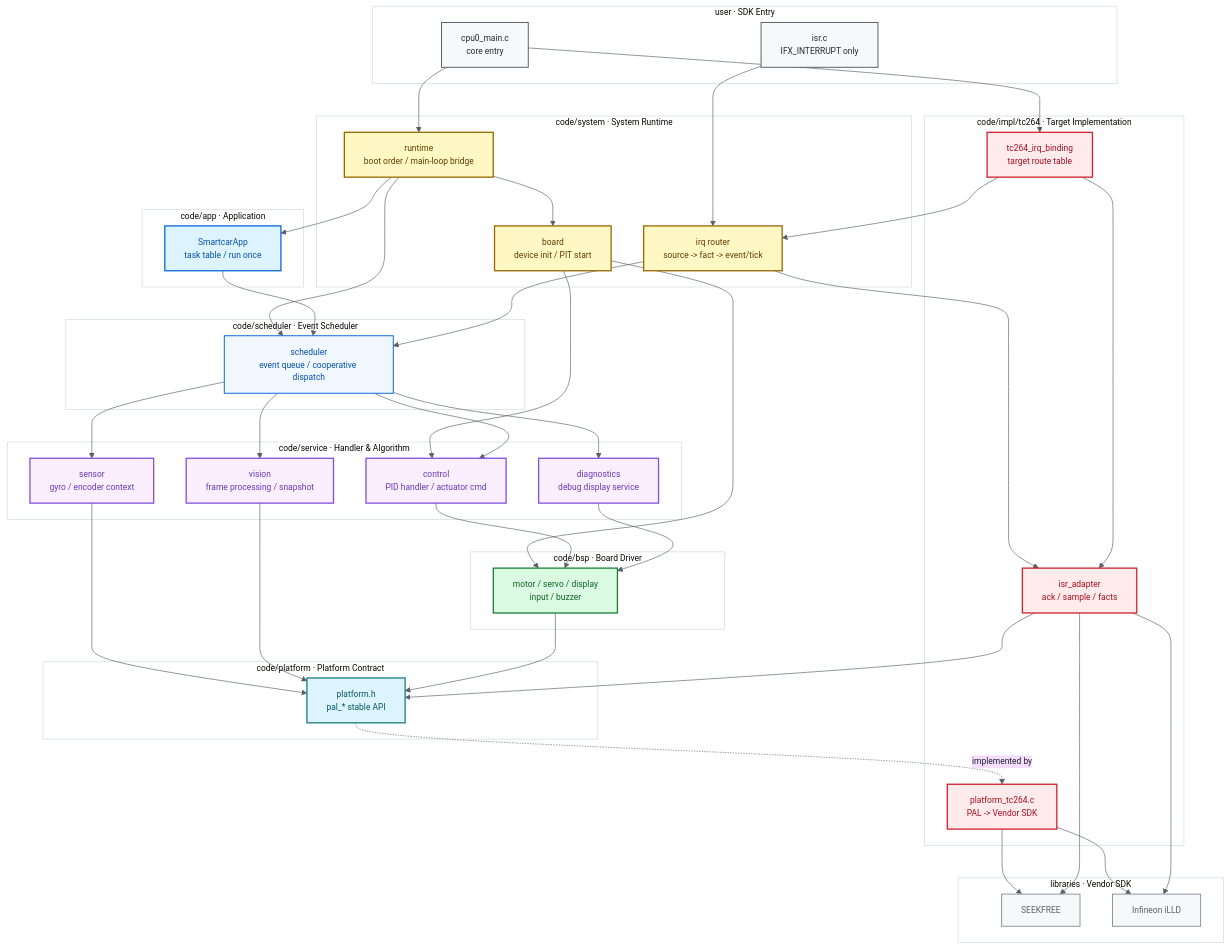
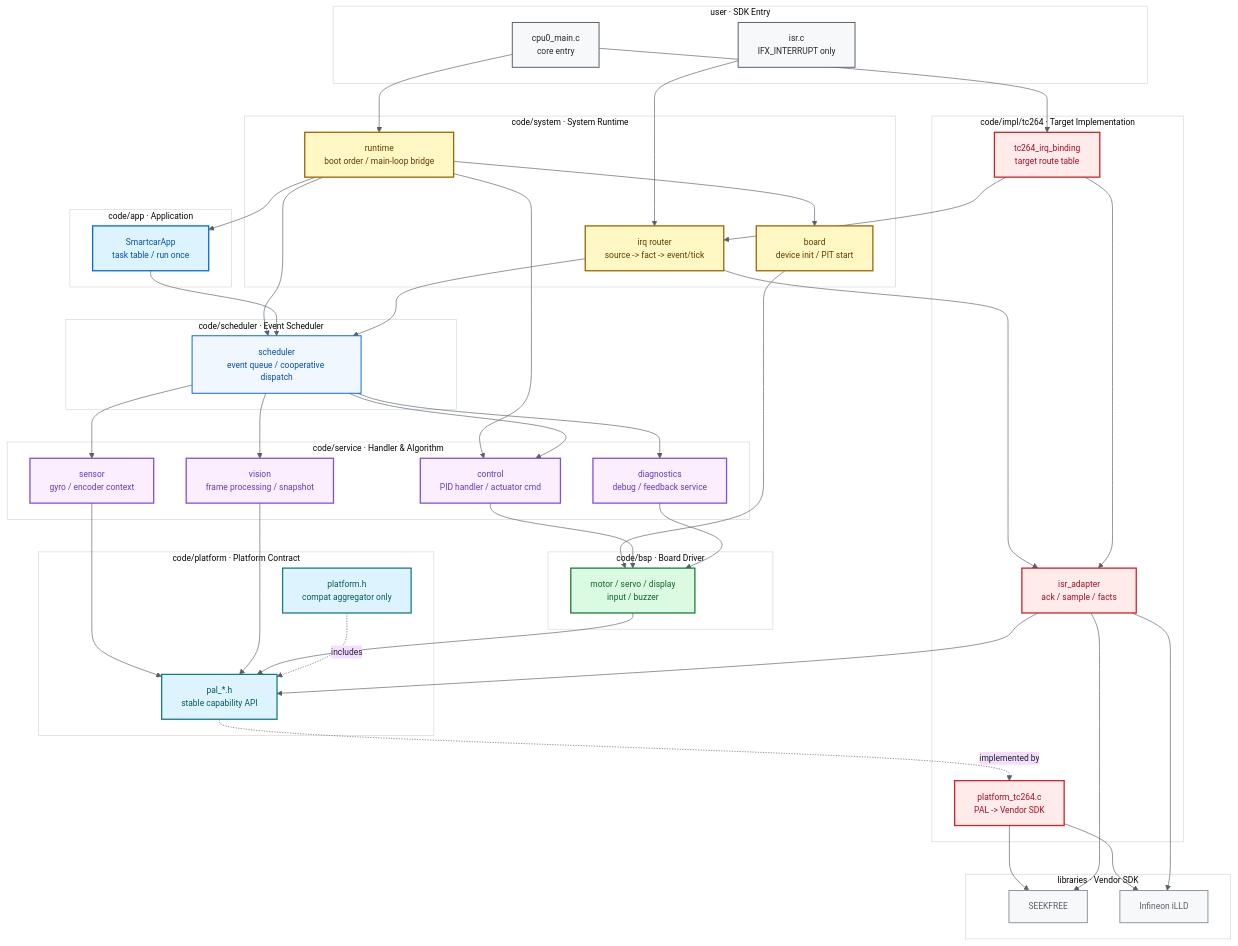
One commit to ParacosmYy/GS_Smart_car changed the first of 2 diagrams in README.md. Above: the diagram before and after it, drawn with Mermaid. The commit also changed other lines of this file and 31 other files, not shown here.

```diff
--- a/README.md
+++ b/README.md
@@ -56,7 +56,7 @@
         SENSOR["sensor<br/>gyro / encoder context"]:::service
         VISION["vision<br/>frame processing / snapshot"]:::service
         CONTROL["control<br/>PID handler / actuator cmd"]:::service
-        DEBUG["diagnostics<br/>debug display service"]:::service
+        DEBUG["diagnostics<br/>debug / feedback service"]:::service
     end
 
     subgraph BSP["code/bsp · Board Driver"]
@@ -64,7 +64,8 @@
     end
 
     subgraph PLATFORM["code/platform · Platform Contract"]
-        PAL["platform.h<br/>pal_* stable API"]:::platform
+        PAL["pal_*.h<br/>stable capability API"]:::platform
+        PAL_AGG["platform.h<br/>compat aggregator only"]:::platform
     end
 
     subgraph IMPL["code/impl/tc264 · Target Implementation"]
@@ -82,10 +83,10 @@
     CPU0 --> BINDING
     ISR --> IRQ
     RUNTIME --> BOARD
+    RUNTIME --> CONTROL
     RUNTIME --> APP_MAIN
     RUNTIME --> SCHED
     BOARD --> DRIVERS
-    BOARD --> CONTROL
     APP_MAIN --> SCHED
     SCHED --> SENSOR
     SCHED --> VISION
@@ -96,6 +97,7 @@
     SENSOR --> PAL
     VISION --> PAL
     DRIVERS --> PAL
+    PAL_AGG -. includes .-> PAL
     IRQ --> ADAPTER
     IRQ --> SCHED
     BINDING --> IRQ
```
